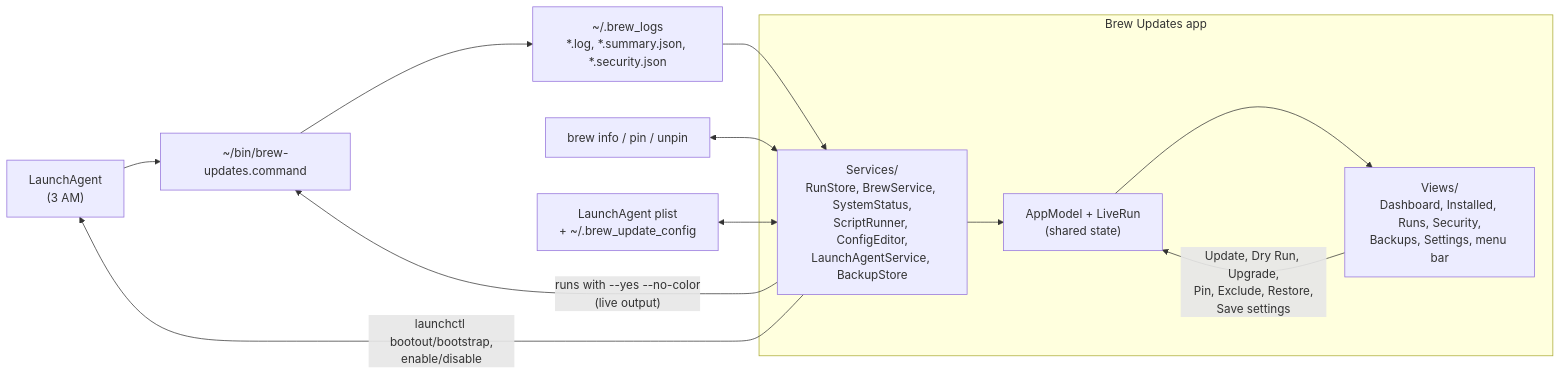
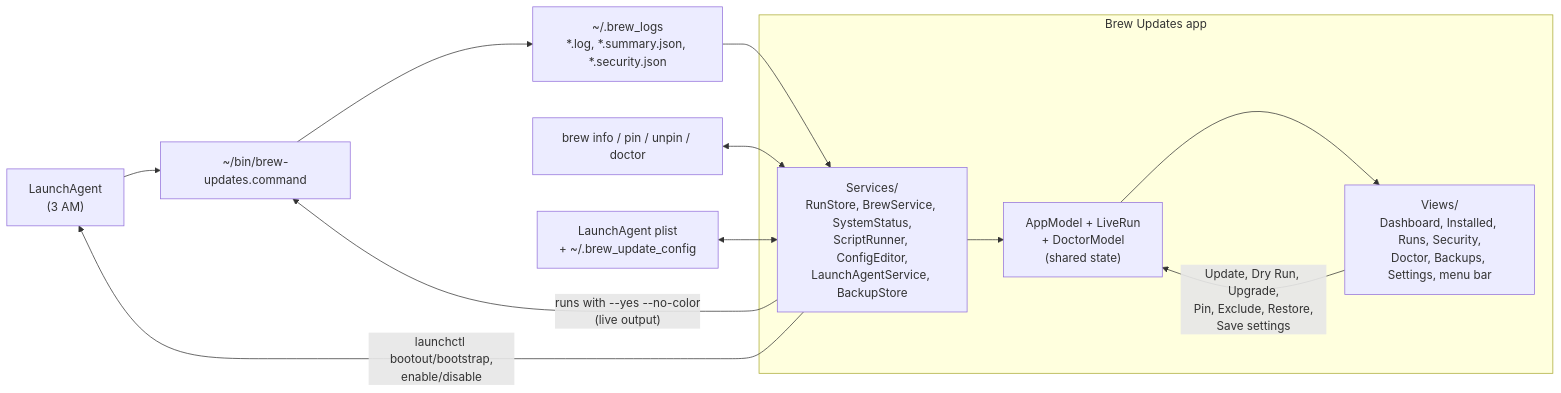
One commit to jxman/homebrew-update-assistant changed the diagram in app/GUIDE.md. Above: the diagram before and after it, drawn with Mermaid. The commit also changed other lines of this file and 16 other files, not shown here.

First line of the commit message:
feat: add Doctor screen explaining brew doctor findings

````diff
--- a/app/GUIDE.md
+++ b/app/GUIDE.md
@@ -20,15 +20,15 @@
 ```mermaid
 flowchart LR
     agent["LaunchAgent<br/>(3 AM)"] --> script["~/bin/brew-updates.command"]
     script --> logs["~/.brew_logs<br/>*.log, *.summary.json, *.security.json"]
     subgraph app["Brew Updates app"]
-        services["Services/<br/>RunStore, BrewService, SystemStatus,<br/>ScriptRunner, ConfigEditor,<br/>LaunchAgentService, BackupStore"] --> model["AppModel + LiveRun<br/>(shared state)"]
-        model --> views["Views/<br/>Dashboard, Installed, Runs, Security,<br/>Backups, Settings, menu bar"]
+        services["Services/<br/>RunStore, BrewService, SystemStatus,<br/>ScriptRunner, ConfigEditor,<br/>LaunchAgentService, BackupStore"] --> model["AppModel + LiveRun<br/>+ DoctorModel<br/>(shared state)"]
+        model --> views["Views/<br/>Dashboard, Installed, Runs, Security,<br/>Doctor, Backups, Settings, menu bar"]
         views -- "Update, Dry Run, Upgrade,<br/>Pin, Exclude, Restore,<br/>Save settings" --> model
     end
     logs --> services
-    brew["brew info / pin / unpin"] <--> services
+    brew["brew info / pin / unpin / doctor"] <--> services
     plist["LaunchAgent plist<br/>+ ~/.brew_update_config"] <--> services
     services -- "launchctl bootout/bootstrap,<br/>enable/disable" --> agent
     services -- "runs with --yes --no-color<br/>(live output)" --> script
 ```
````
